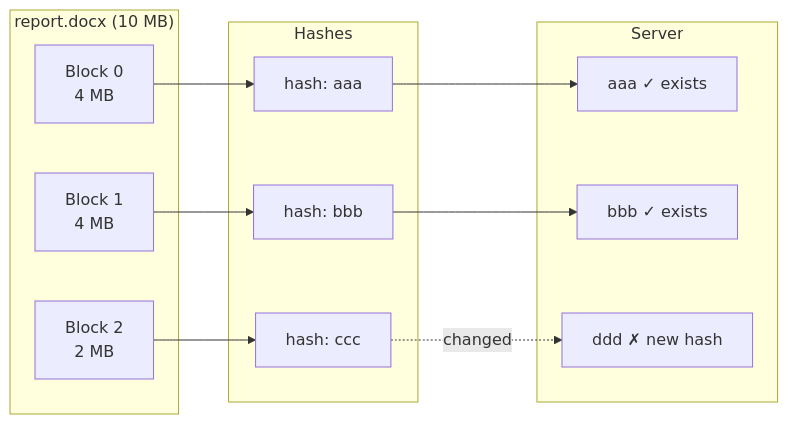
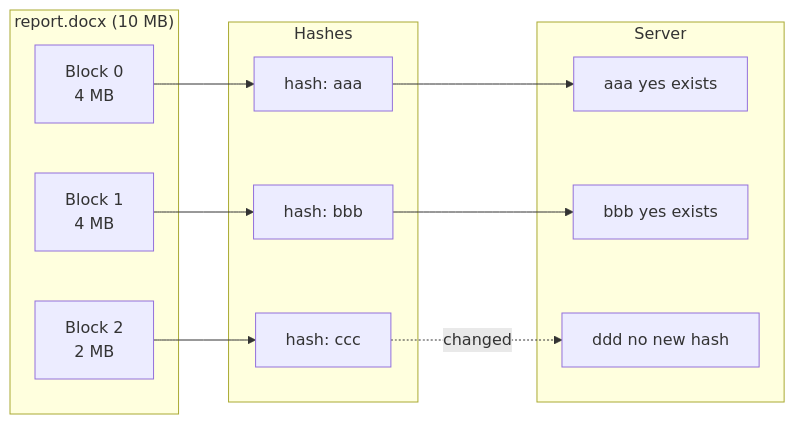
One commit to billywr/system-design changed diagram 11 of 18 in 04-storage-media/10-design-dropbox.md. Above: the diagram before and after it, drawn with Mermaid. The commit also changed other lines of this file and 39 other files, not shown here.

````diff
--- a/04-storage-media/10-design-dropbox.md
+++ b/04-storage-media/10-design-dropbox.md
@@ -732,28 +733,28 @@
 ```mermaid
 flowchart LR
     subgraph File["report.docx (10 MB)"]
         B0[Block 0<br/>4 MB]
         B1[Block 1<br/>4 MB]
         B2[Block 2<br/>2 MB]
     end
 
     subgraph Hashes
         H0["hash: aaa"]
         H1["hash: bbb"]
         H2["hash: ccc"]
     end
 
     B0 --> H0
     B1 --> H1
     B2 --> H2
 
     subgraph Server
-        S0["aaa ✓ exists"]
-        S1["bbb ✓ exists"]
-        S2["ddd ✗ new hash"]
+        S0["aaa yes exists"]
+        S1["bbb yes exists"]
+        S2["ddd no new hash"]
     end
 
     H0 --> S0
     H1 --> S1
     H2 -.->|changed| S2
 ```
````
